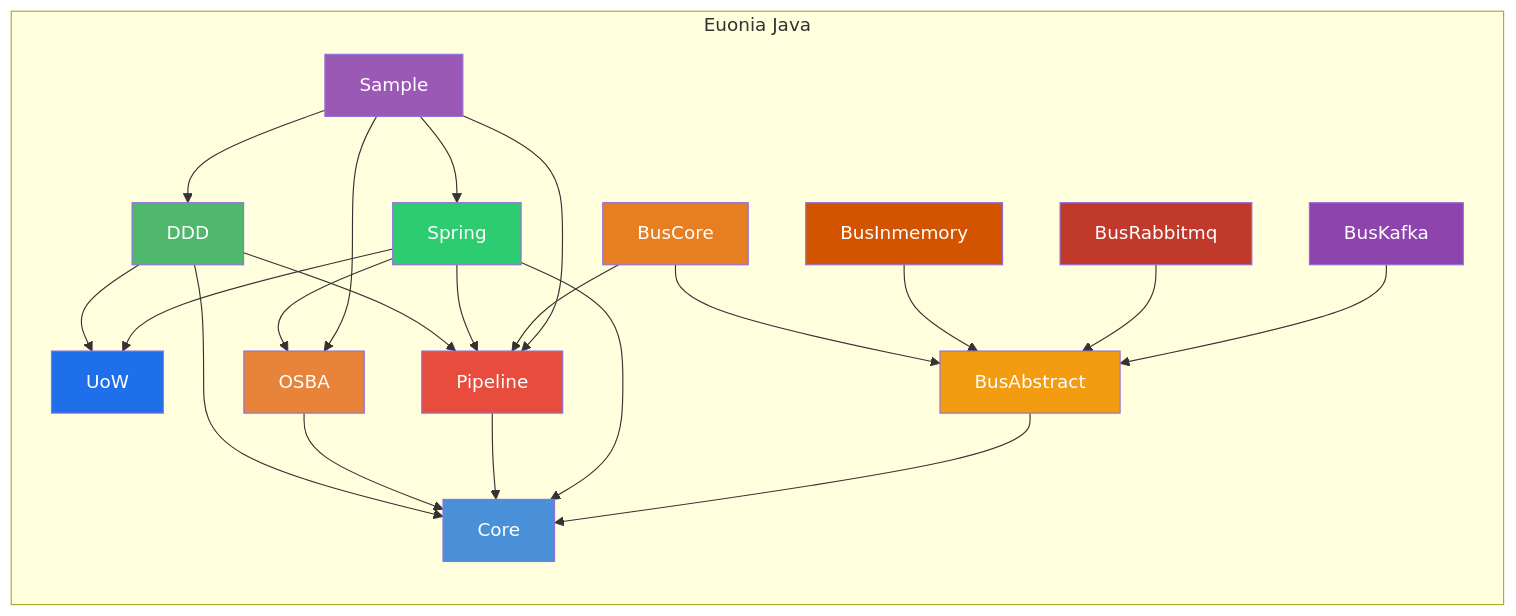
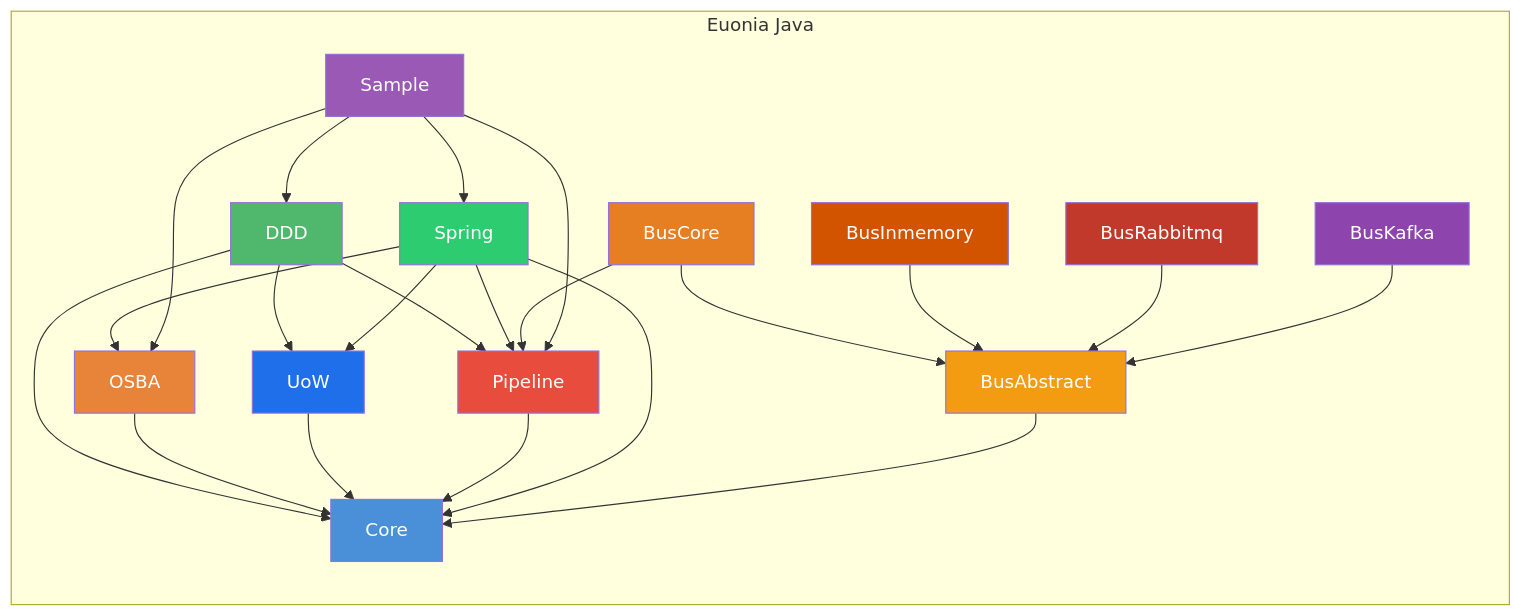
One commit to NerosoftDev/euonia-java changed the diagram in README.en.md. Above: the diagram before and after it, drawn with Mermaid. The commit also changed 1 other file, not shown here.

Commit message:
feat: Update README to reflect the relationship between UoW and Core in the architecture diagram

````diff
--- a/README.en.md
+++ b/README.en.md
@@ -13,38 +13,39 @@
 ```mermaid
 graph TD
     subgraph "Euonia Java"
         direction TB
         DDD --> Core
         DDD --> UoW
         DDD --> Pipeline
         OSBA --> Core
+        UoW --> Core
         Pipeline --> Core
         Spring --> Core
         Spring --> UoW
         Spring --> OSBA
         Spring --> Pipeline
         BusAbstract --> Core
         BusCore --> BusAbstract
         BusCore --> Pipeline
         BusInmemory --> BusAbstract
         BusRabbitmq --> BusAbstract
         BusKafka --> BusAbstract
         Sample --> DDD
         Sample --> OSBA
         Sample --> Pipeline
         Sample --> Spring
     end
 
     style Core fill:#4A90D9,color:#fff
     style DDD fill:#50B86C,color:#fff
     style UoW fill:#1F6FEB,color:#fff
     style OSBA fill:#E8833A,color:#fff
     style Pipeline fill:#E74C3C,color:#fff
     style Spring fill:#2ECC71,color:#fff
     style BusAbstract fill:#F39C12,color:#fff
     style BusCore fill:#E67E22,color:#fff
     style BusInmemory fill:#D35400,color:#fff
     style BusRabbitmq fill:#C0392B,color:#fff
     style BusKafka fill:#8E44AD,color:#fff
     style Sample fill:#9B59B6,color:#fff
 ```
````
